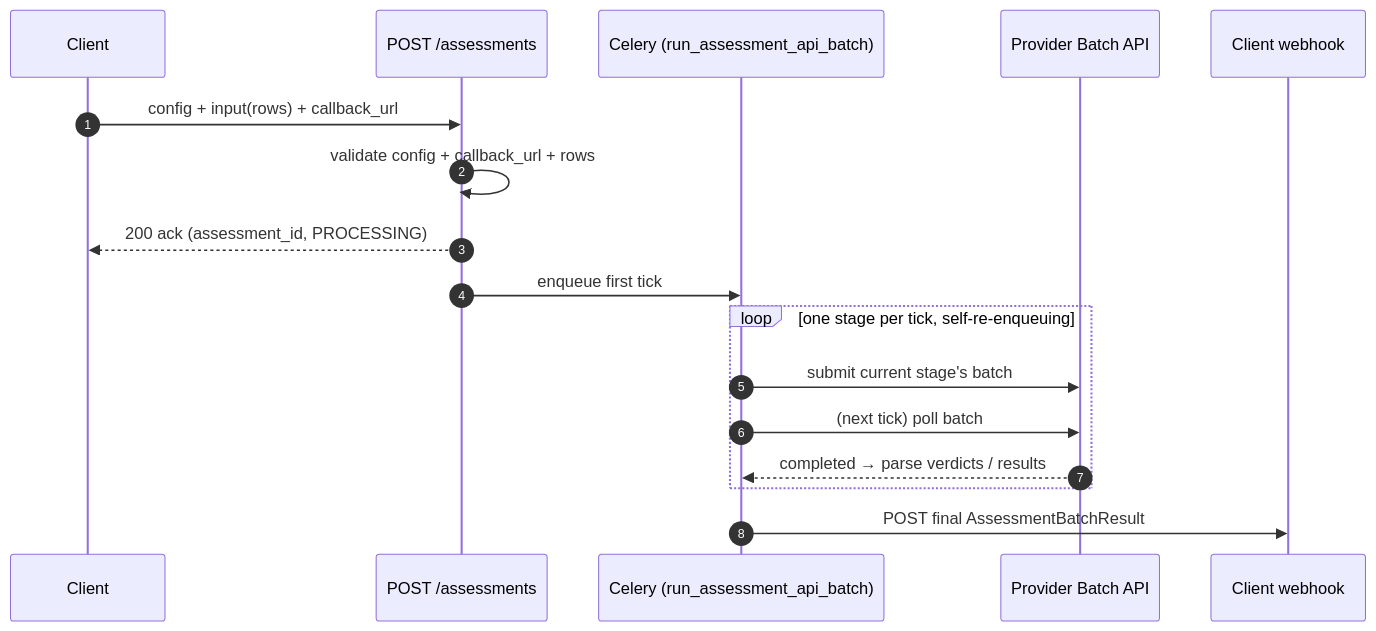
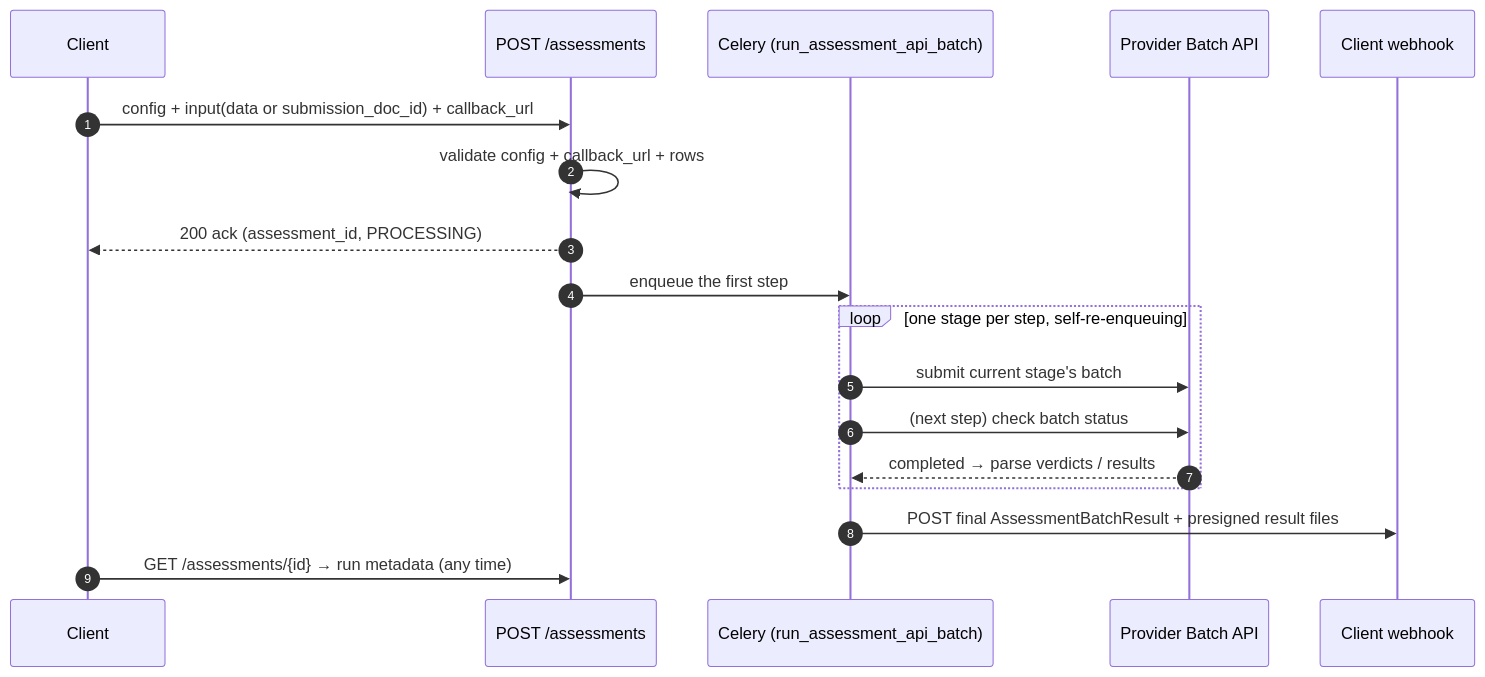
Before and after one commit to ProjectTech4DevAI/kaapi-backend: the first of 6 diagrams in docs/architecture/kaapi-ai-assessment-ARCHITECTURE.md, drawn with Mermaid. The commit also changed other lines of this file and 6 other files, not shown here.

````diff
--- a/docs/architecture/kaapi-ai-assessment-ARCHITECTURE.md
+++ b/docs/architecture/kaapi-ai-assessment-ARCHITECTURE.md
@@ -44,20 +53,21 @@
 ```mermaid
 sequenceDiagram
     autonumber
     participant C as Client
     participant S as POST /assessments
     participant W as Celery (run_assessment_api_batch)
     participant P as Provider Batch API
     participant Hook as Client webhook
 
-    C->>S: config + input(rows) + callback_url
+    C->>S: config + input(data or submission_doc_id) + callback_url
     S->>S: validate config + callback_url + rows
     S-->>C: 200 ack (assessment_id, PROCESSING)
-    S->>W: enqueue first tick
-    loop one stage per tick, self-re-enqueuing
+    S->>W: enqueue the first step
+    loop one stage per step, self-re-enqueuing
         W->>P: submit current stage's batch
-        W->>P: (next tick) poll batch
+        W->>P: (next step) check batch status
         P-->>W: completed → parse verdicts / results
     end
-    W->>Hook: POST final AssessmentBatchResult
+    W->>Hook: POST final AssessmentBatchResult + presigned result files
+    C->>S: GET /assessments/{id} → run metadata (any time)
 ```
````
